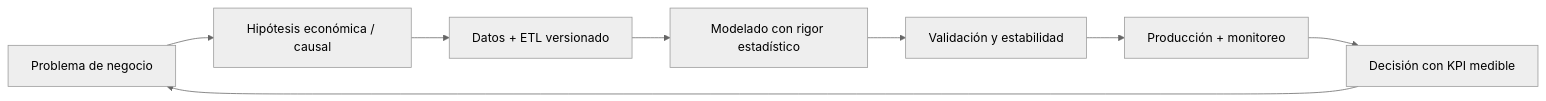
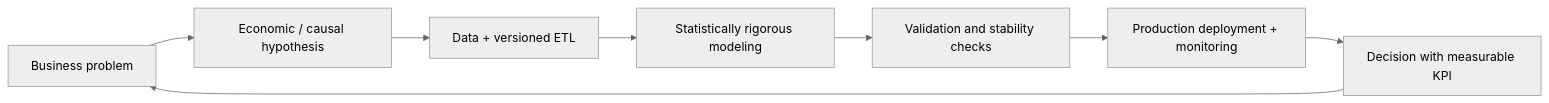
Before and after one commit to jordanvt18/jordanvt18: the diagram in README.md, drawn with Mermaid (neutral theme). The commit also changed other lines of this file and 1 other file, not shown here.

````diff
--- a/README.md
+++ b/README.md
@@ -93,10 +96,10 @@
 ```mermaid
 flowchart LR
-    A["Problema de negocio"] --> B["Hipótesis económica / causal"]
-    B --> C["Datos + ETL versionado"]
-    C --> D["Modelado con rigor estadístico"]
-    D --> E["Validación y estabilidad"]
-    E --> F["Producción + monitoreo"]
-    F --> G["Decisión con KPI medible"]
+    A["Business problem"] --> B["Economic / causal hypothesis"]
+    B --> C["Data + versioned ETL"]
+    C --> D["Statistically rigorous modeling"]
+    D --> E["Validation and stability checks"]
+    E --> F["Production deployment + monitoring"]
+    F --> G["Decision with measurable KPI"]
     G --> A
 ```
````
